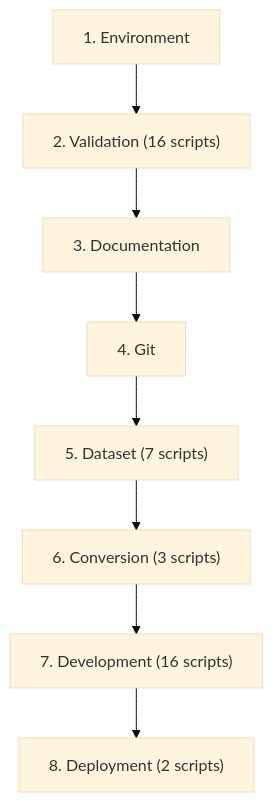
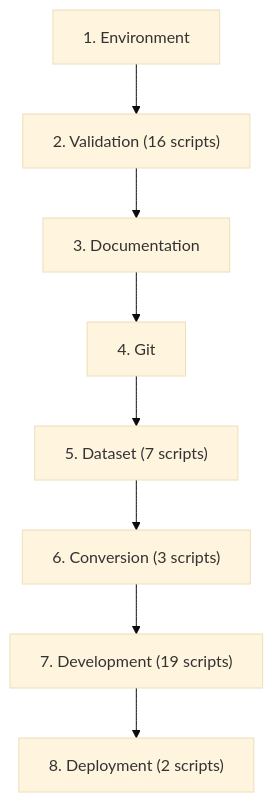
One commit to chanuka8/argus-gait-recognition changed the second of 3 diagrams in scripts/README.md. Above: the diagram before and after it, drawn with Mermaid (base theme). The commit also changed other lines of this file and 7 other files, not shown here.

````diff
--- a/scripts/README.md
+++ b/scripts/README.md
@@ -741,18 +791,18 @@
 ```mermaid
 flowchart TD
     step1["1. Environment"]
     step2["2. Validation (16 scripts)"]
     step1 --> step2
     step3["3. Documentation"]
     step2 --> step3
     step4["4. Git"]
     step3 --> step4
     step5["5. Dataset (7 scripts)"]
     step4 --> step5
     step6["6. Conversion (3 scripts)"]
     step5 --> step6
-    step7["7. Development (16 scripts)"]
+    step7["7. Development (19 scripts)"]
     step6 --> step7
     step8["8. Deployment (2 scripts)"]
     step7 --> step8
 ```
````
